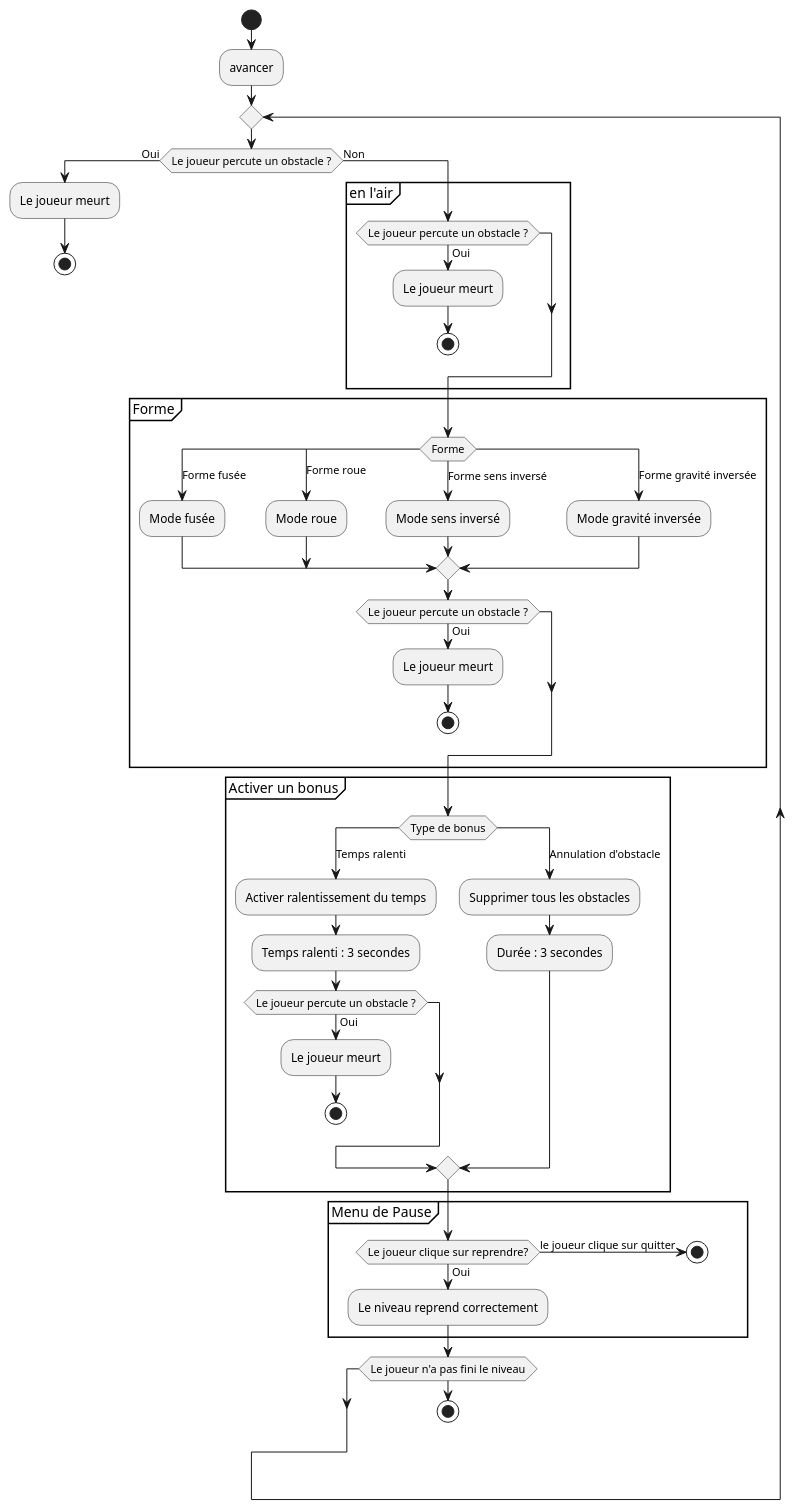
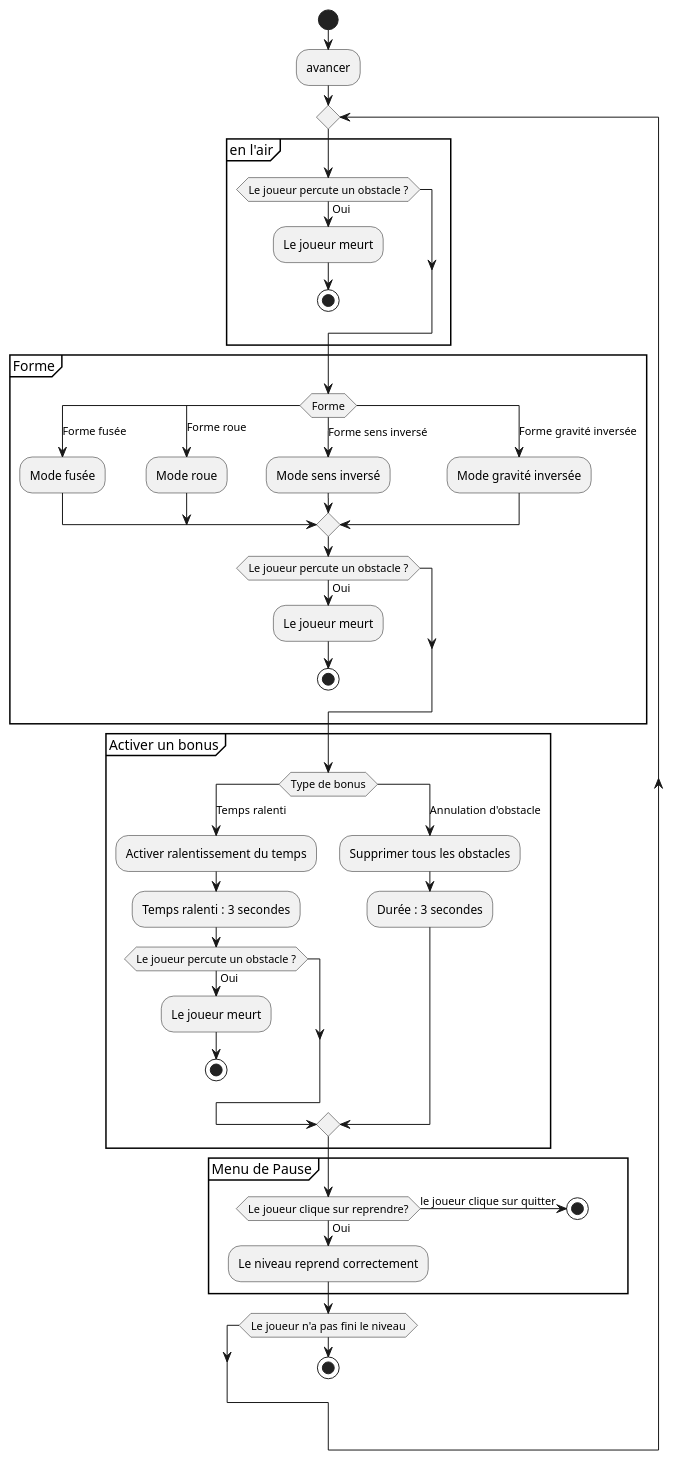
One commit to boudji-ludwig-pett/cnam-geometry-dash changed the diagram in Documentation/UML/state-diagram/state-diagram.puml. Above: the diagram before and after it, drawn with PlantUML. The commit also changed 4 other files, not shown here.

Commit message:
docs(uml): fix state-diagram-indentation

```diff
--- a/Documentation/UML/state-diagram/state-diagram.puml
+++ b/Documentation/UML/state-diagram/state-diagram.puml
@@ -1,62 +1,58 @@
 @startuml Geometry Dash - Diagramme d'etats du joueur
 
 start
 
 :avancer;
 
 repeat
+  partition "en l'air" {
     if (Le joueur percute un obstacle ?) then (Oui)
-        :Le joueur meurt;
+      :Le joueur meurt;
+      stop
+    endif
+  }
+
+  partition "Forme" {
+    switch (Forme)
+      case (Forme fusée)
+        :Mode fusée;
+      case (Forme roue)
+        :Mode roue;
+      case (Forme sens inversé)
+        :Mode sens inversé;
+      case (Forme gravité inversée)
+        :Mode gravité inversée;
+    endswitch
+    if (Le joueur percute un obstacle ?) then (Oui)
+      :Le joueur meurt;
+      stop
+    endif
+  }
+
+  partition "Activer un bonus" {
+    switch (Type de bonus)
+      case (Temps ralenti)
+        :Activer ralentissement du temps;
+        :Temps ralenti : 3 secondes;
+        if (Le joueur percute un obstacle ?) then (Oui)
+          :Le joueur meurt;
+          stop
+        endif
+      case (Annulation d'obstacle)
+        :Supprimer tous les obstacles;
+        :Durée : 3 secondes;
+    endswitch
+  }
+
+  partition "Menu de Pause" {
+    if (Le joueur clique sur reprendre?) then (Oui)
+        :Le niveau reprend correctement;
+    else (le joueur clique sur quitter)
         stop
-    else (Non)
-        partition "en l'air" {
-          if (Le joueur percute un obstacle ?) then (Oui)
-            :Le joueur meurt;
-            stop
-          endif
-        }
-
-        partition "Forme" {
-            switch (Forme)
-              case (Forme fusée)
-                :Mode fusée;
-              case (Forme roue)
-                :Mode roue;
-              case (Forme sens inversé)
-                :Mode sens inversé;
-              case (Forme gravité inversée)
-                :Mode gravité inversée;
-            endswitch
-            if (Le joueur percute un obstacle ?) then (Oui)
-              :Le joueur meurt;
-              stop
-            endif
-        }
-
-        partition "Activer un bonus"{
-            switch (Type de bonus)
-              case (Temps ralenti)
-                :Activer ralentissement du temps;
-                :Temps ralenti : 3 secondes;
-                if (Le joueur percute un obstacle ?) then (Oui)
-                  :Le joueur meurt;
-                  stop
-                endif
-              case (Annulation d'obstacle)
-                :Supprimer tous les obstacles;
-                :Durée : 3 secondes;
-            endswitch
-        }
-
-      partition "Menu de Pause" {
-          if (Le joueur clique sur reprendre?) then (Oui)
-              :Le niveau reprend correctement;
-          else (le joueur clique sur quitter)
-              stop
-          endif
-      }
+    endif
+  }
 while (Le joueur n'a pas fini le niveau)
 
 stop
 
 @enduml
```
